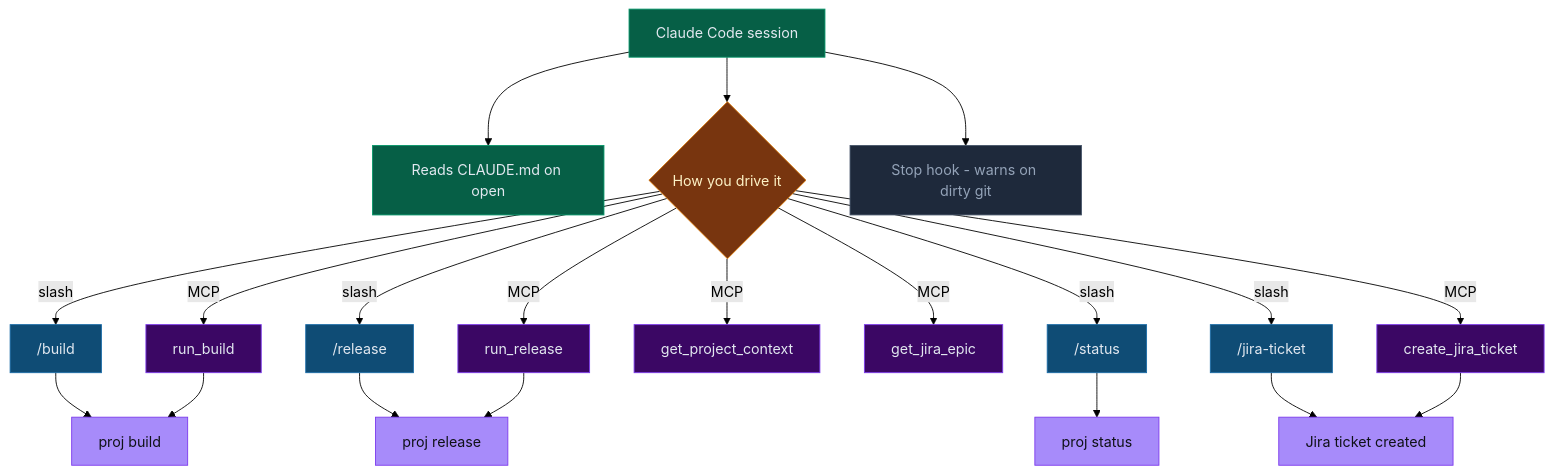
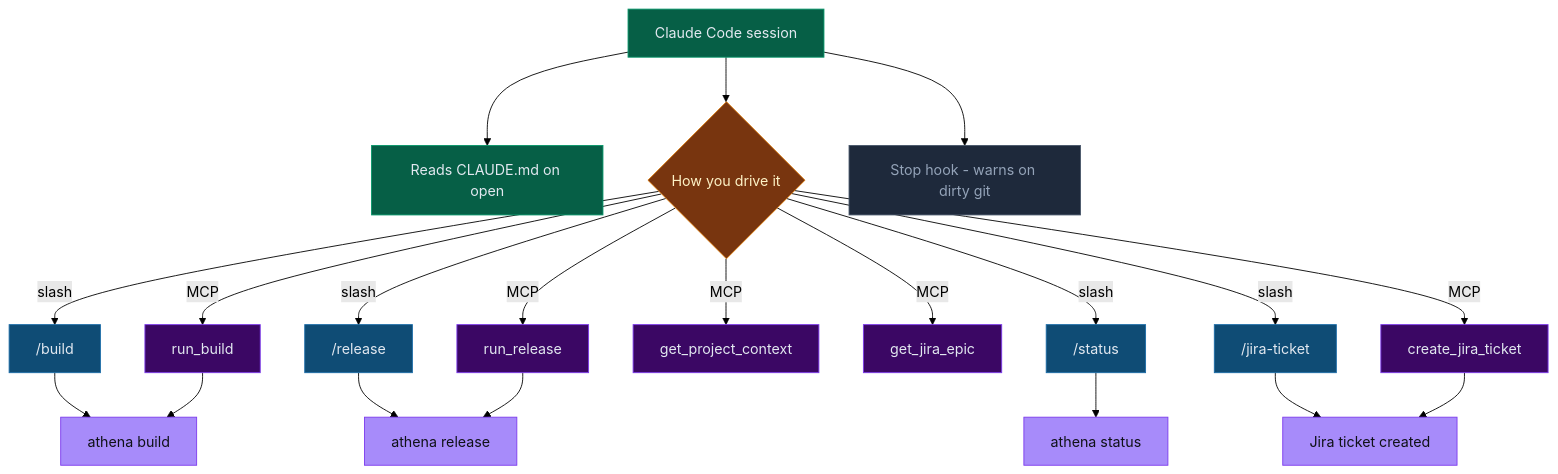
The seventh of 7 diagrams in README.md (erosrage/Athena), drawn with Mermaid (forest theme) before and after one commit. The commit also changed other lines of this file and 23 other files, not shown here.

Commit message:
update athena cli

````diff
--- a/README.md
+++ b/README.md
@@ -257,26 +257,26 @@
 ```mermaid
 flowchart TD
     CC["Claude Code session"]:::claude
     CC --> CM["Reads CLAUDE.md on open"]:::claude
     CC --> SC{"How you drive it"}:::decision
     SC -->|"slash"| S1["/build"]:::cmd
     SC -->|"slash"| S2["/release"]:::cmd
     SC -->|"slash"| S3["/status"]:::cmd
     SC -->|"slash"| S4["/jira-ticket"]:::cmd
     SC -->|"MCP"| M1["get_project_context"]:::mcp
     SC -->|"MCP"| M2["get_jira_epic"]:::mcp
     SC -->|"MCP"| M3["create_jira_ticket"]:::mcp
     SC -->|"MCP"| M4["run_build"]:::mcp
     SC -->|"MCP"| M5["run_release"]:::mcp
-    S1 & M4 --> B["proj build"]:::cli
-    S2 & M5 --> R["proj release"]:::cli
-    S3 --> ST["proj status"]:::cli
+    S1 & M4 --> B["athena build"]:::cli
+    S2 & M5 --> R["athena release"]:::cli
+    S3 --> ST["athena status"]:::cli
     S4 & M3 --> JT["Jira ticket created"]:::cli
     CC --> HK["Stop hook - warns on dirty git"]:::hook
     classDef claude fill:#065f46,stroke:#059669,color:#e2e8f0
     classDef decision fill:#78350f,stroke:#d97706,color:#fef3c7
     classDef cmd fill:#0f4c75,stroke:#1b6ca8,color:#e2e8f0
     classDef mcp fill:#3b0764,stroke:#7c3aed,color:#e2e8f0
     classDef cli fill:#a78bfa,stroke:#7c3aed,color:#0f1117
     classDef hook fill:#1e293b,stroke:#475569,color:#94a3b8
 ```
````
